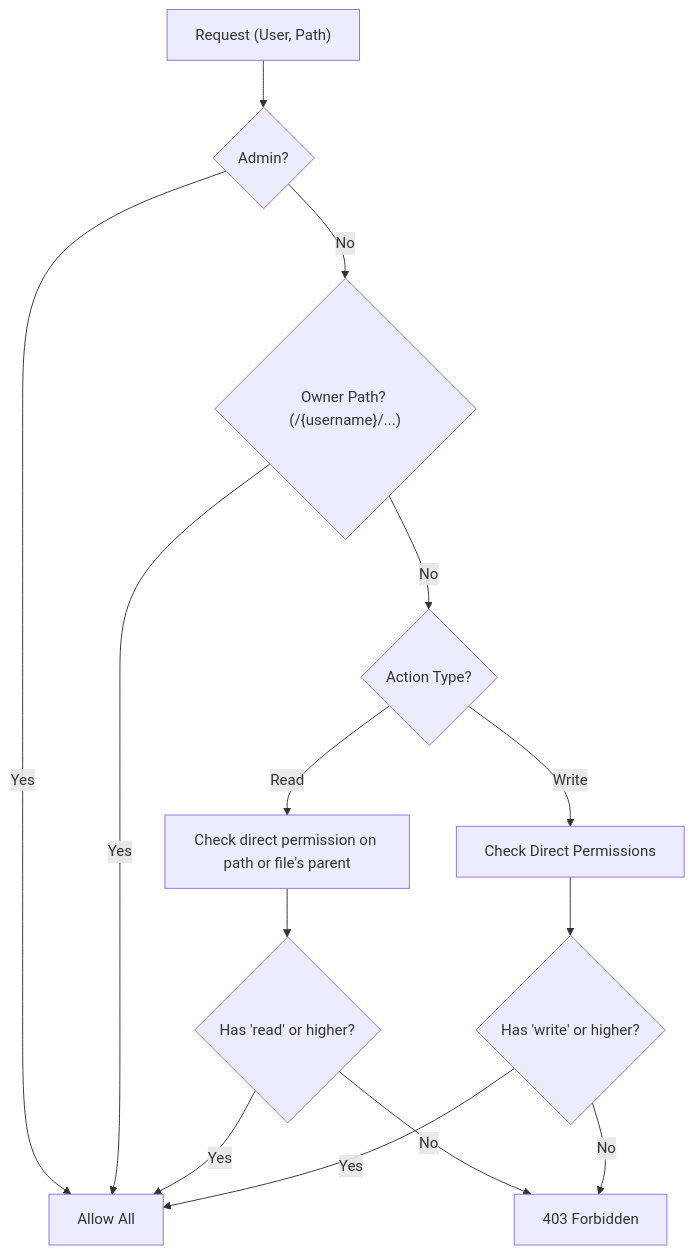
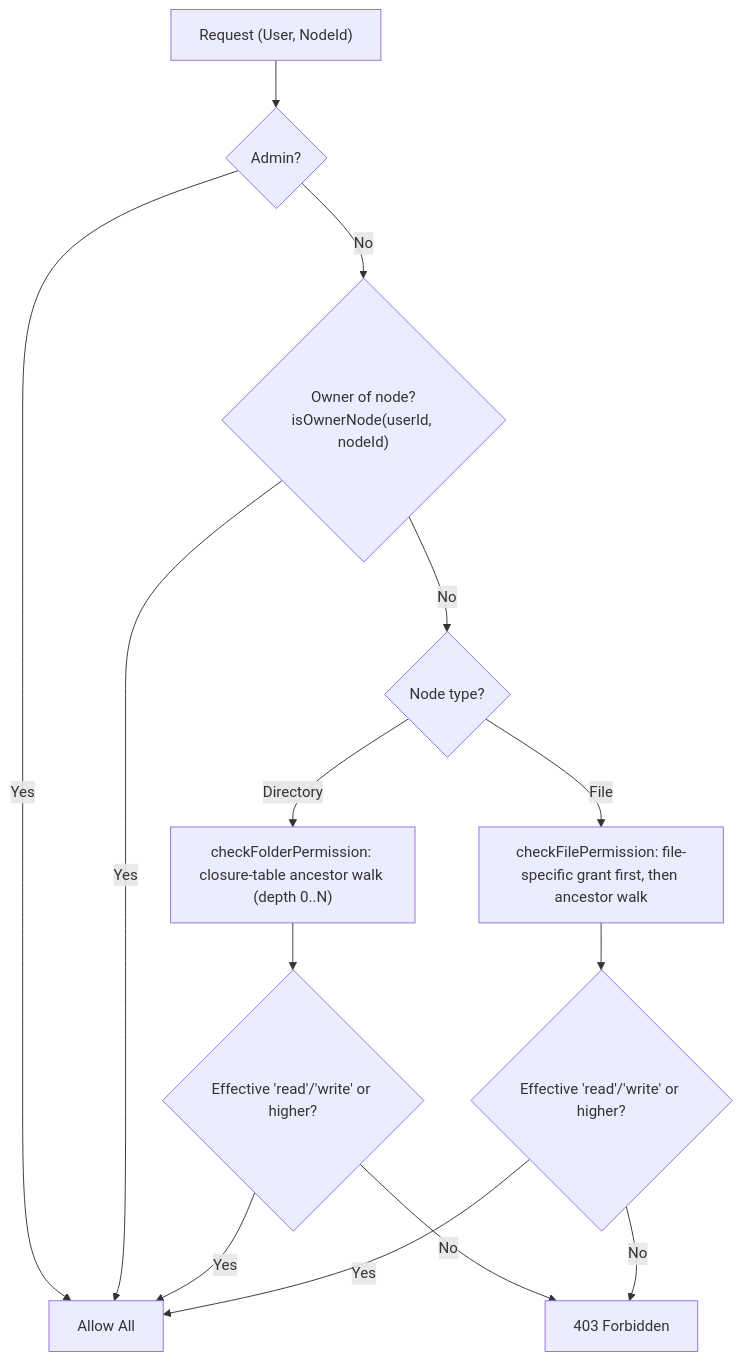
One commit to rct3232/webdav-easyaccess changed the first of 3 diagrams in docs/ARCHITECTURE.md. Above: the diagram before and after it, drawn with Mermaid. The commit also changed other lines of this file and 30 other files, not shown here.

First line of the commit message:
docs: align specs to nodeId end-state for gap closure (Tier 0)

````diff
--- a/docs/ARCHITECTURE.md
+++ b/docs/ARCHITECTURE.md
@@ -124,16 +124,16 @@
 ```mermaid
 flowchart TD
-    A["Request (User, Path)"] --> B{"Admin?"}
+    A["Request (User, NodeId)"] --> B{"Admin?"}
     B -->|"Yes"| C["Allow All"]
-    B -->|"No"| D{"Owner Path? (/{username}/...)"}
+    B -->|"No"| D{"Owner of node?<br/>isOwnerNode(userId, nodeId)"}
     D -->|"Yes"| C
-    D -->|"No"| E{"Action Type?"}
-    E -->|"Read"| F["Check direct permission on path or file's parent"]
-    E -->|"Write"| G["Check Direct Permissions"]
-    F --> H{"Has 'read' or higher?"}
-    G --> I{"Has 'write' or higher?"}
+    D -->|"No"| E{"Node type?"}
+    E -->|"Directory"| F["checkFolderPermission: closure-table ancestor walk (depth 0..N)"]
+    E -->|"File"| G["checkFilePermission: file-specific grant first, then ancestor walk"]
+    F --> H{"Effective 'read'/'write' or higher?"}
+    G --> I{"Effective 'read'/'write' or higher?"}
     H -->|"Yes"| C
     H -->|"No"| J["403 Forbidden"]
     I -->|"Yes"| C
     I -->|"No"| J
 ```
````
